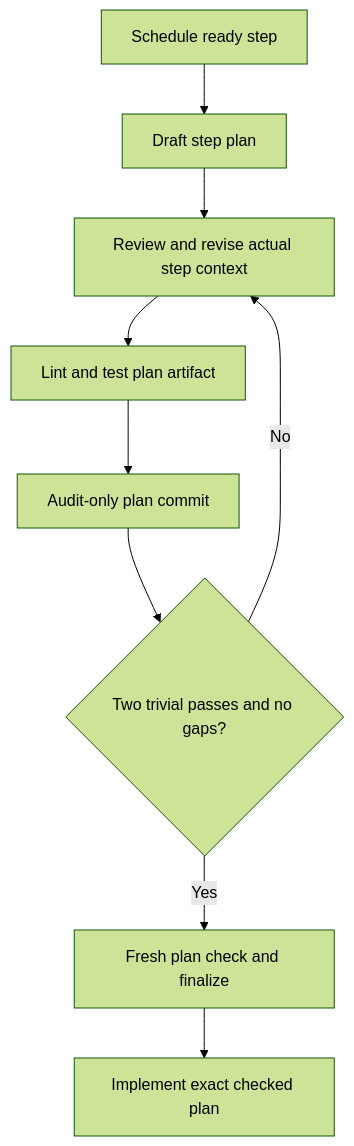
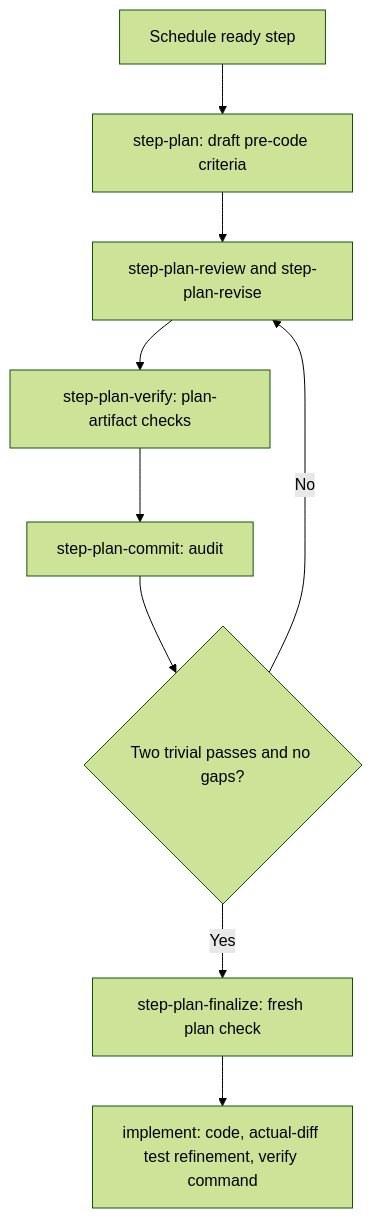
Before and after one commit to whichguy/skill-craft: the second of 8 diagrams in skills/shiploop/README.md, drawn with Mermaid (forest theme). The commit also changed other lines of this file and 15 other files, not shown here.

````diff
--- a/skills/shiploop/README.md
+++ b/skills/shiploop/README.md
@@ -307,11 +307,11 @@
 ```mermaid
 flowchart TD
-    S[Schedule ready step] --> D[Draft step plan]
-    D --> R[Review and revise actual step context]
-    R --> V[Lint and test plan artifact]
-    V --> C[Audit-only plan commit]
+    S[Schedule ready step] --> D[step-plan: draft pre-code criteria]
+    D --> R[step-plan-review and step-plan-revise]
+    R --> V[step-plan-verify: plan-artifact checks]
+    V --> C[step-plan-commit: audit]
     C --> G{Two trivial passes and no gaps?}
     G -->|No| R
-    G -->|Yes| F[Fresh plan check and finalize]
-    F --> I[Implement exact checked plan]
+    G -->|Yes| F[step-plan-finalize: fresh plan check]
+    F --> I[implement: code, actual-diff test refinement, verify command]
 ```
````
